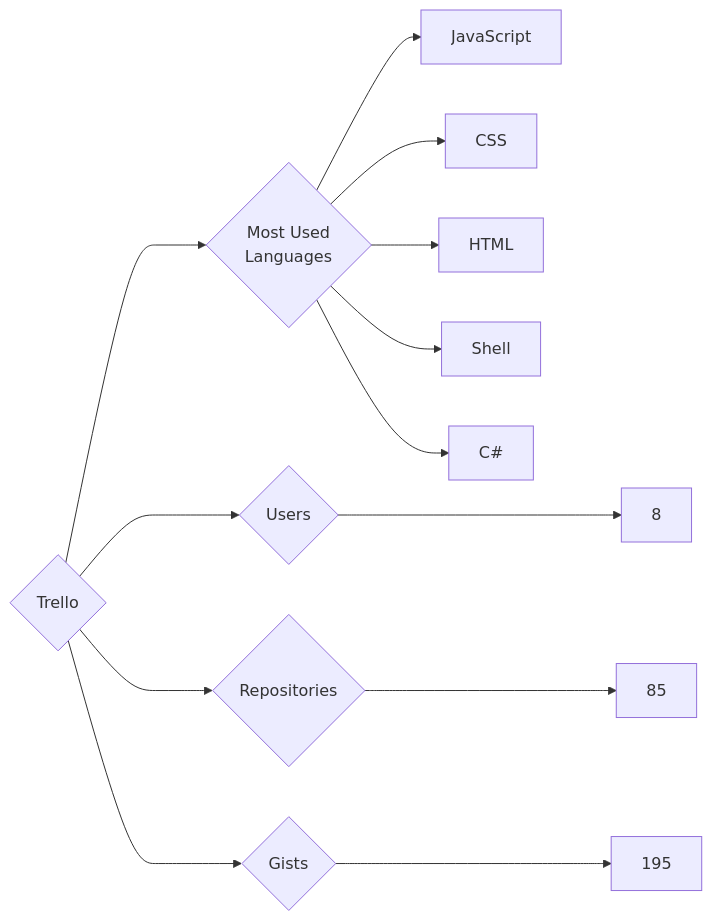
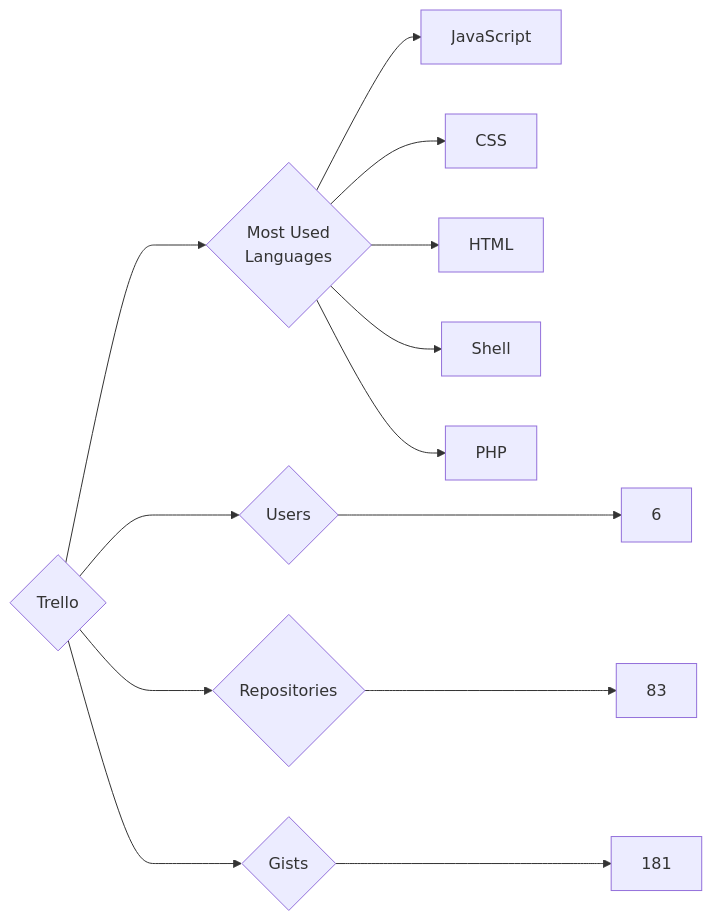
The diagram in targets/Trello/README.md (trickest/insiders), drawn with Mermaid before and after one commit. The commit also changed 898 other files, not shown here.

````diff
--- a/targets/Trello/README.md
+++ b/targets/Trello/README.md
@@ -3,13 +3,13 @@
 ```mermaid
 graph LR
 COMPANY_NAME{Trello}
-COMPANY_NAME ---> U{Users} ---> UN[8]
-COMPANY_NAME ---> R{Repositories} ---> RN[85]
-COMPANY_NAME ---> G{Gists} ---> GN[195]
+COMPANY_NAME ---> U{Users} ---> UN[6]
+COMPANY_NAME ---> R{Repositories} ---> RN[83]
+COMPANY_NAME ---> G{Gists} ---> GN[181]
 COMPANY_NAME ---> ML{Most Used<br>Languages}
 ML --> JavaScript[JavaScript]
 ML --> CSS[CSS]
 ML --> HTML[HTML]
 ML --> Shell[Shell]
-ML --> C#[C#]
+ML --> PHP[PHP]
 ```
````
